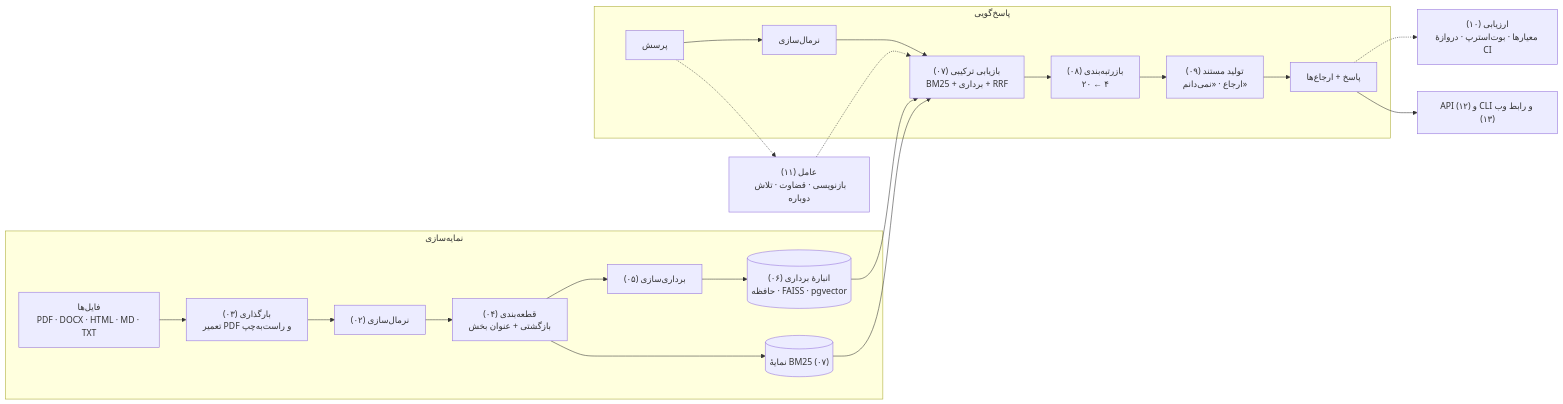
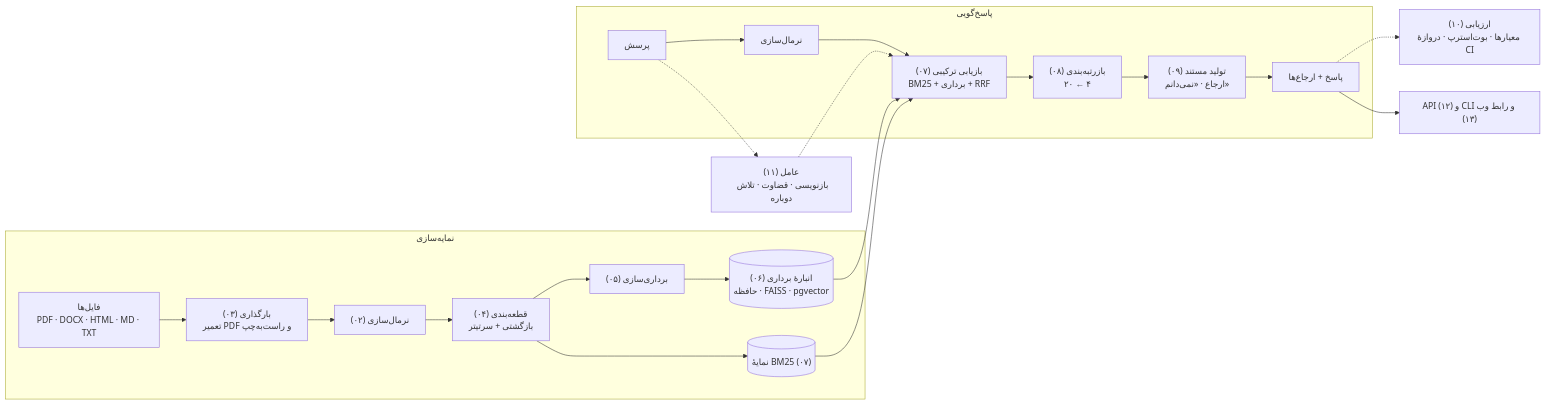
The first of 2 diagrams in README.fa.md (snikookar/Persian-RAG-Academy), drawn with Mermaid before and after one commit. The commit also changed other lines of this file and 11 other files, not shown here.

````diff
--- a/README.fa.md
+++ b/README.fa.md
@@ -33,24 +33,24 @@
 ```mermaid
 flowchart LR
     subgraph IDX["نمایه‌سازی"]
         F["فایل‌ها<br/>PDF · DOCX · HTML · MD · TXT"] --> L["بارگذاری (۰۳)<br/>تعمیر PDF و راست‌به‌چپ"]
         L --> N["نرمال‌سازی (۰۲)"]
-        N --> C["قطعه‌بندی (۰۴)<br/>بازگشتی + عنوان بخش"]
+        N --> C["قطعه‌بندی (۰۴)<br/>بازگشتی + سرتیتر"]
         C --> E["برداری‌سازی (۰۵)"]
         E --> S[("انبارهٔ برداری (۰۶)<br/>حافظه · FAISS · pgvector")]
         C --> B[("نمایهٔ BM25 (۰۷)")]
     end
     subgraph ANS["پاسخ‌گویی"]
         Q["پرسش"] --> QN["نرمال‌سازی"]
         QN --> H["بازیابی ترکیبی (۰۷)<br/>BM25 + برداری + RRF"]
         S --> H
         B --> H
         H --> R["بازرتبه‌بندی (۰۸)<br/>۲۰ ← ۴"]
         R --> G["تولید مستند (۰۹)<br/>ارجاع · «نمی‌دانم»"]
         G --> A["پاسخ + ارجاع‌ها"]
     end
     A -.-> EV["ارزیابی (۱۰)<br/>معیارها · بوت‌استرپ · دروازهٔ CI"]
     Q -.-> AG["عامل (۱۱)<br/>بازنویسی · قضاوت · تلاش دوباره"]
     AG -.-> H
     A --> API["API (۱۲) و CLI و رابط وب (۱۳)"]
 ```
````
